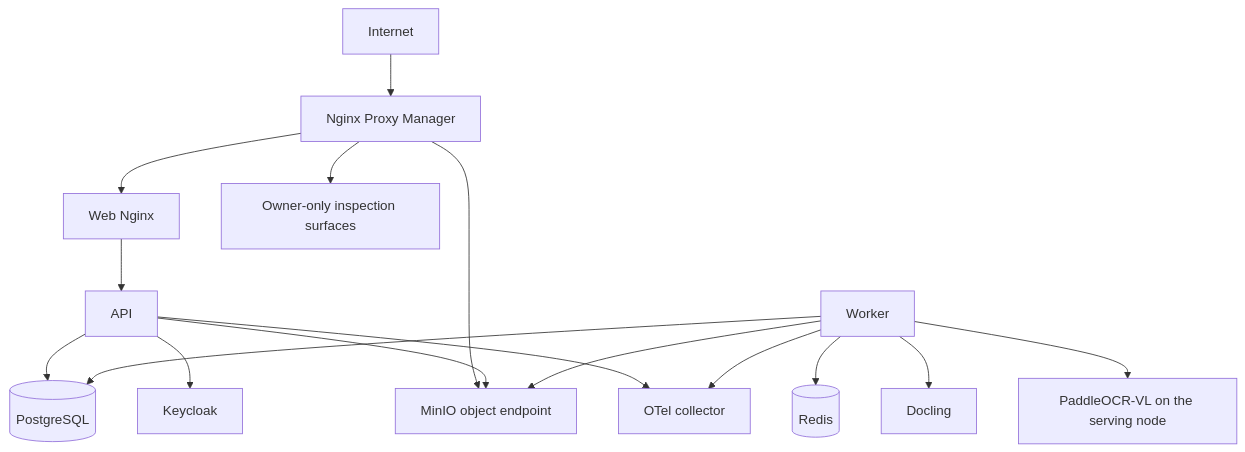
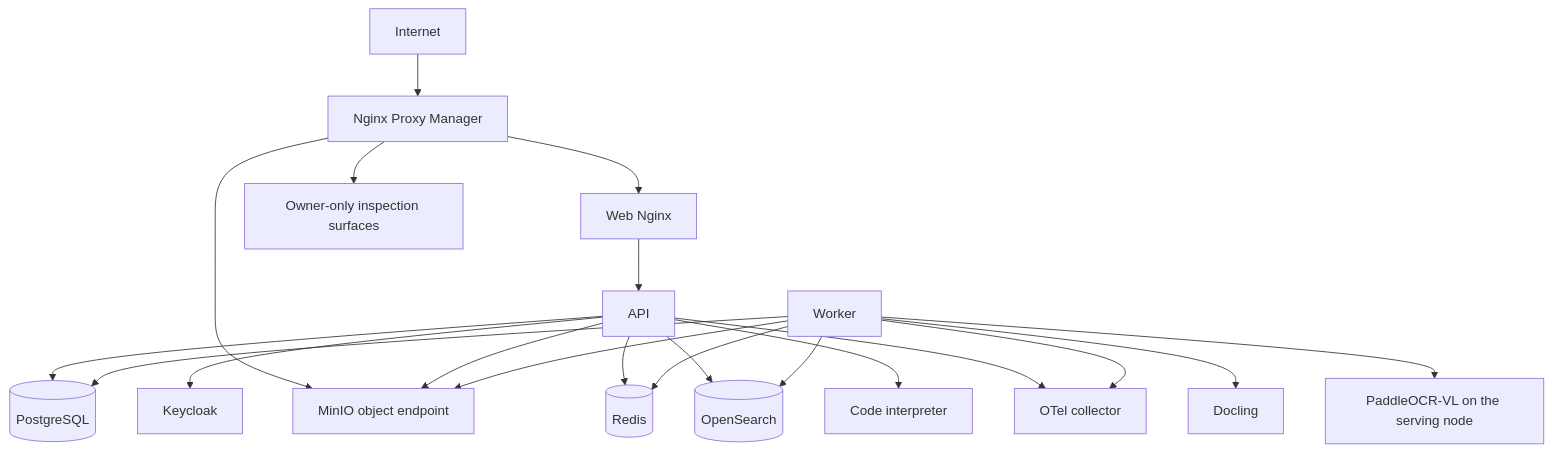
One commit to kl3inIT/MemoryOS changed the sixth of 6 diagrams in ARCHITECTURE.md. Above: the diagram before and after it, drawn with Mermaid. The commit also changed other lines of this file and 4 other files, not shown here.

First line of the commit message:
docs: sync ARCHITECTURE, README and runbooks with the current code

````diff
--- a/ARCHITECTURE.md
+++ b/ARCHITECTURE.md
@@ -308,18 +319,22 @@
 ```mermaid
 flowchart TB
     INTERNET[Internet] --> NPM[Nginx Proxy Manager]
     NPM --> WEB[Web Nginx]
     NPM --> MINIO[MinIO object endpoint]
     NPM --> INSPECT[Owner-only inspection surfaces]
     WEB --> API
     API --> PG[(PostgreSQL)]
     API --> KC[Keycloak]
     API --> MINIO
+    API --> REDIS[(Redis)]
+    API --> OPENSEARCH[(OpenSearch)]
+    API --> INTERP[Code interpreter]
     WORKER[Worker] --> PG
-    WORKER --> REDIS[(Redis)]
+    WORKER --> REDIS
     WORKER --> MINIO
+    WORKER --> OPENSEARCH
     WORKER --> DOCLING[Docling]
     WORKER --> PADDLE[PaddleOCR-VL on the serving node]
     API --> OTEL[OTel collector]
     WORKER --> OTEL
 ```
````
